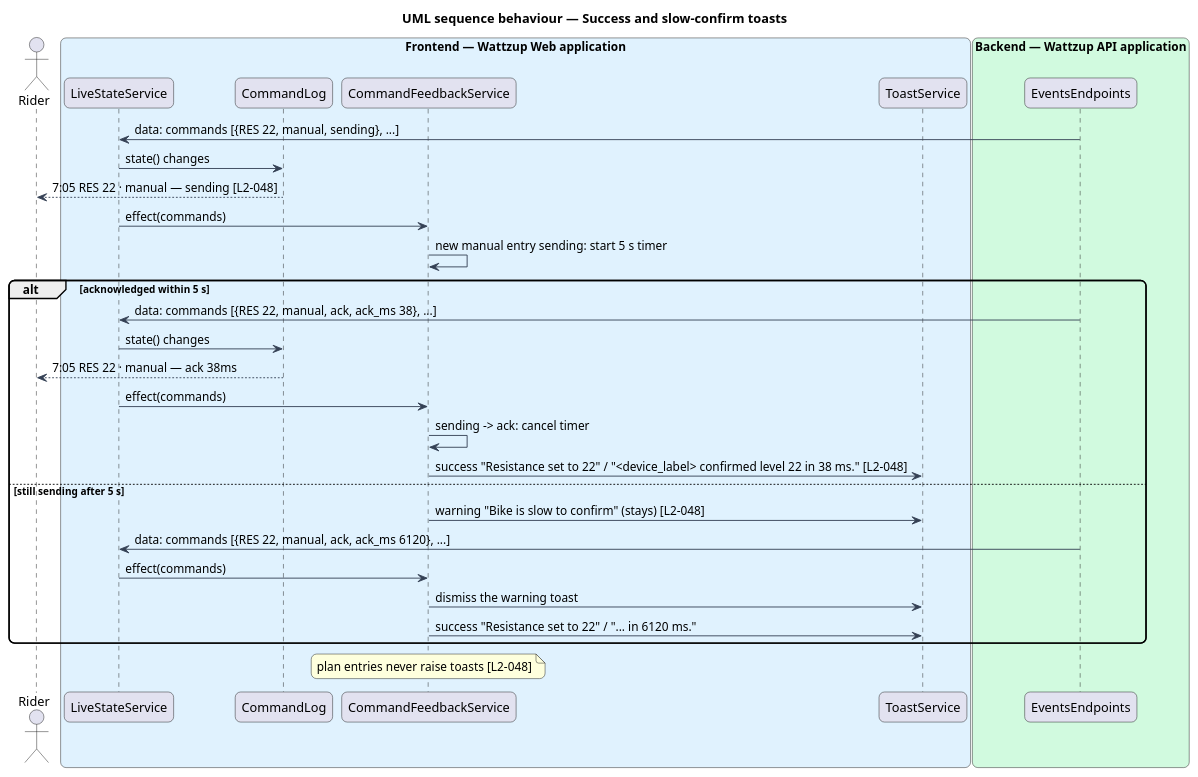
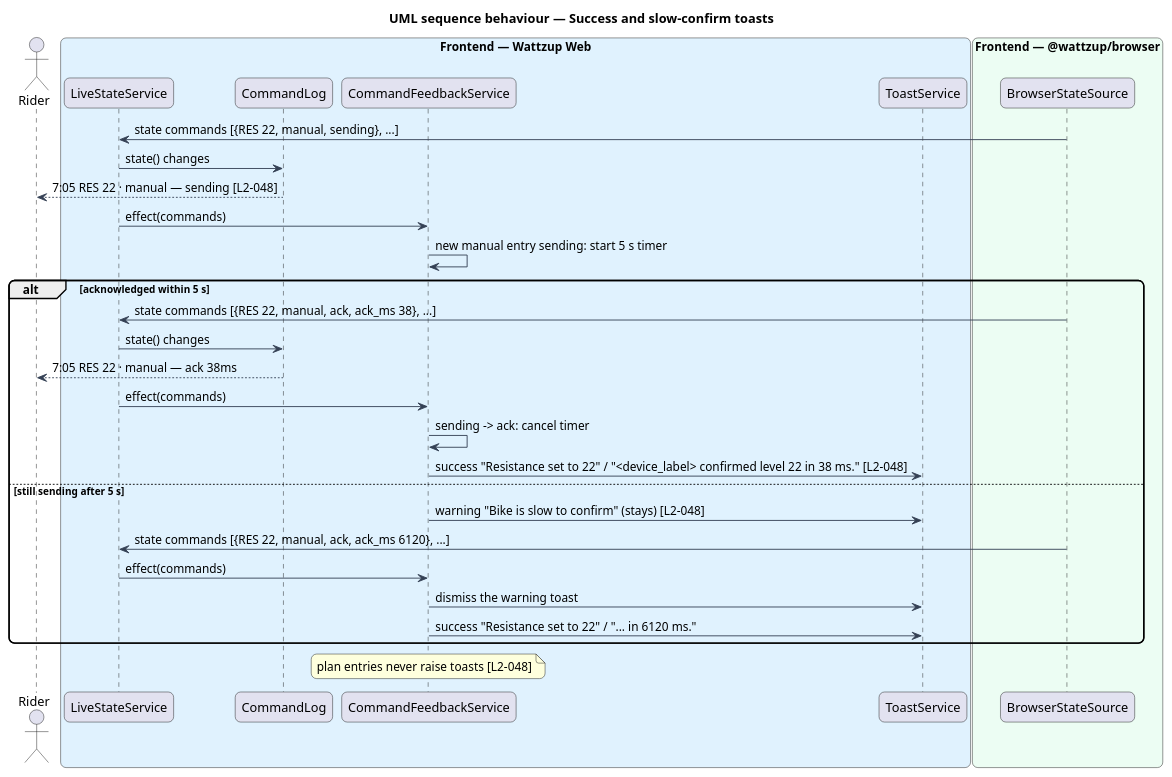
Before and after one commit to QuinntyneBrown/ride-one: the diagram in docs/detailed-designs/resistance-control/log-resistance-commands/diagrams/sequence-command-toasts.puml, drawn with PlantUML. The commit also changed 547 other files, not shown here.

```diff
--- a/docs/detailed-designs/resistance-control/log-resistance-commands/diagrams/sequence-command-toasts.puml
+++ b/docs/detailed-designs/resistance-control/log-resistance-commands/diagrams/sequence-command-toasts.puml
@@ -1,39 +1,39 @@
 @startuml
 title UML sequence behaviour — Success and slow-confirm toasts
 skinparam backgroundColor #FFFFFF
 skinparam shadowing false
 skinparam roundcorner 12
 skinparam defaultFontName Arial
 skinparam ArrowColor #344054
 actor "Rider" as rider
-box "Frontend — Wattzup Web application" #E0F2FE
+box "Frontend — Wattzup Web" #E0F2FE
   participant "LiveStateService" as live
   participant "CommandLog" as log
   participant "CommandFeedbackService" as fb
   participant "ToastService" as toast
 end box
-box "Backend — Wattzup API application" #D1FADF
-  participant "EventsEndpoints" as sse
+box "Frontend — @wattzup/browser" #ECFDF3
+  participant "BrowserStateSource" as src
 end box
 
-sse -> live : data: commands [{RES 22, manual, sending}, ...]
+src -> live : state commands [{RES 22, manual, sending}, ...]
 live -> log : state() changes
 log --> rider : 7:05 RES 22 · manual — sending [L2-048]
 live -> fb : effect(commands)
 fb -> fb : new manual entry sending: start 5 s timer
 alt acknowledged within 5 s
-  sse -> live : data: commands [{RES 22, manual, ack, ack_ms 38}, ...]
+  src -> live : state commands [{RES 22, manual, ack, ack_ms 38}, ...]
   live -> log : state() changes
   log --> rider : 7:05 RES 22 · manual — ack 38ms
   live -> fb : effect(commands)
   fb -> fb : sending -> ack: cancel timer
   fb -> toast : success "Resistance set to 22" / "<device_label> confirmed level 22 in 38 ms." [L2-048]
 else still sending after 5 s
   fb -> toast : warning "Bike is slow to confirm" (stays) [L2-048]
-  sse -> live : data: commands [{RES 22, manual, ack, ack_ms 6120}, ...]
+  src -> live : state commands [{RES 22, manual, ack, ack_ms 6120}, ...]
   live -> fb : effect(commands)
   fb -> toast : dismiss the warning toast
   fb -> toast : success "Resistance set to 22" / "... in 6120 ms."
 end
 note over fb : plan entries never raise toasts [L2-048]
 @enduml
```
